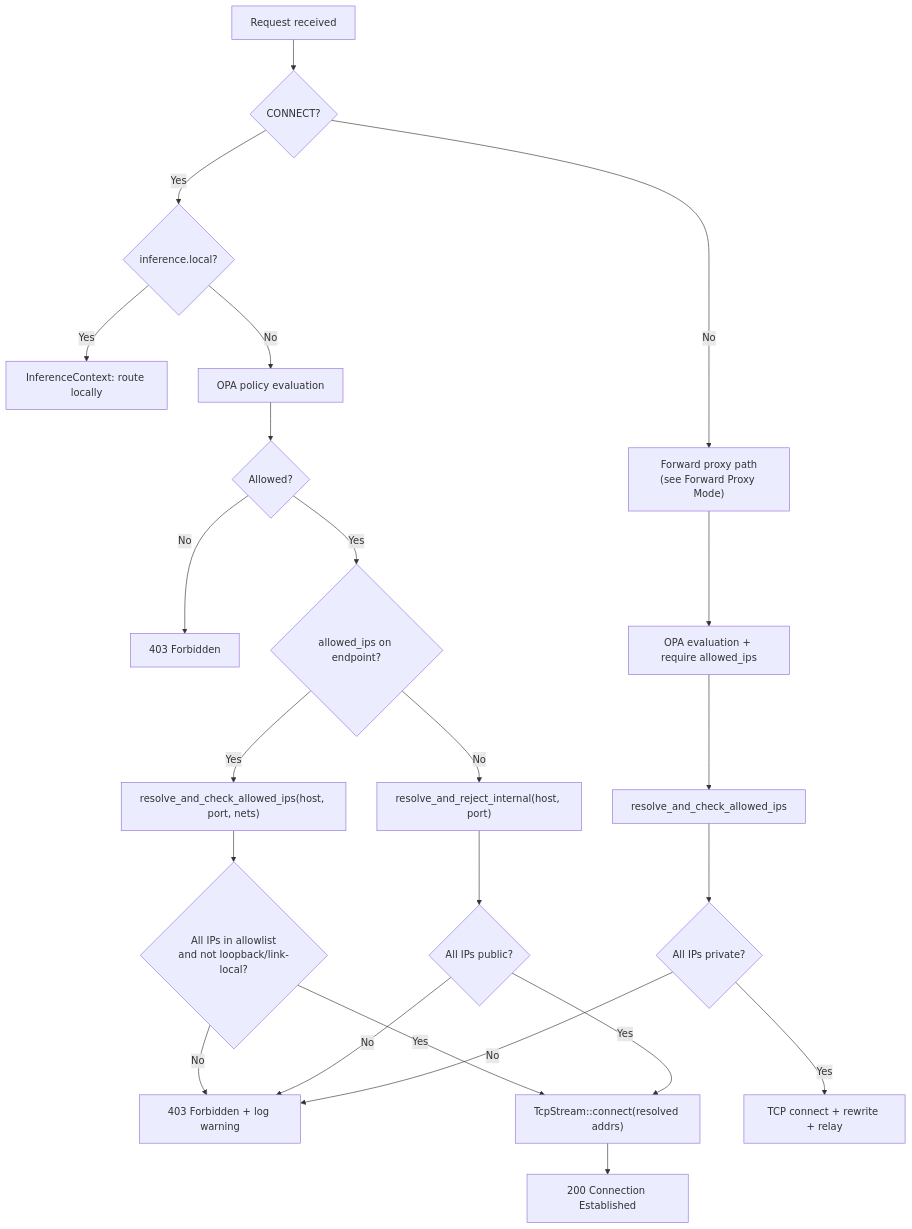
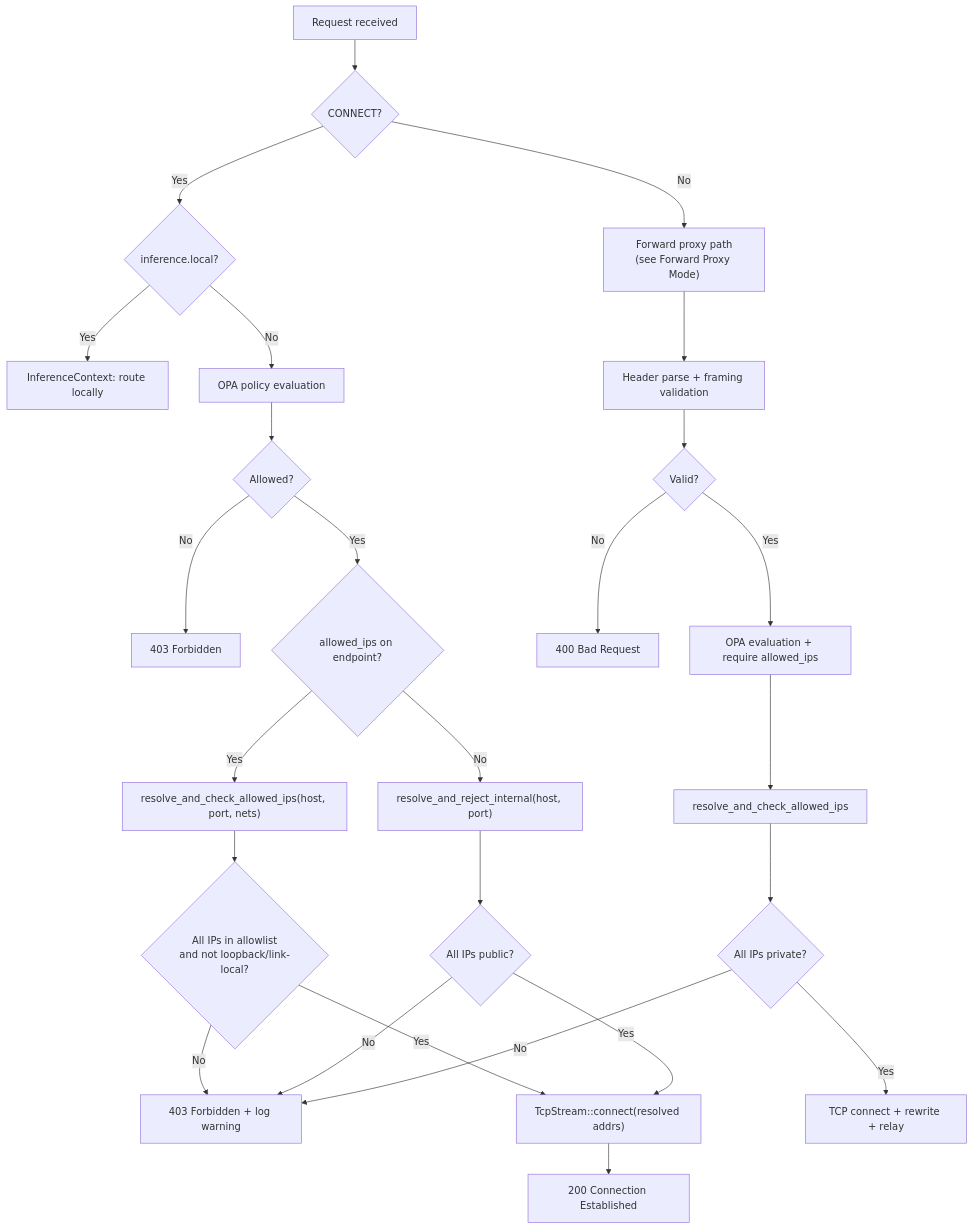
One commit to areporeporepo/OpenShell changed the sixth of 6 diagrams in architecture/security-policy.md. Above: the diagram before and after it, drawn with Mermaid. The commit also changed other lines of this file and 1 other file, not shown here.

Commit message:
fix(proxy): tighten header parsing and docs

````diff
--- a/architecture/security-policy.md
+++ b/architecture/security-policy.md
@@ -1030,26 +1034,29 @@
 ```mermaid
 flowchart TD
     A["Request received"] --> B{CONNECT?}
     B -- Yes --> INF{inference.local?}
     INF -- Yes --> C["InferenceContext: route locally"]
     INF -- No --> D[OPA policy evaluation]
     B -- No --> FP["Forward proxy path<br/>(see Forward Proxy Mode)"]
     D --> E{Allowed?}
     E -- No --> F["403 Forbidden"]
     E -- Yes --> G{allowed_ips on endpoint?}
     G -- Yes --> H["resolve_and_check_allowed_ips(host, port, nets)"]
     H --> I{All IPs in allowlist<br/>and not loopback/link-local?}
     I -- No --> J["403 Forbidden + log warning"]
     I -- Yes --> K["TcpStream::connect(resolved addrs)"]
     G -- No --> L["resolve_and_reject_internal(host, port)"]
     L --> M{All IPs public?}
     M -- No --> J
     M -- Yes --> K
     K --> N["200 Connection Established"]
 
-    FP --> FP_OPA["OPA evaluation + require allowed_ips"]
+    FP --> FP_PARSE["Header parse + framing validation"]
+    FP_PARSE --> FP_PARSE_OK{Valid?}
+    FP_PARSE_OK -- No --> FP_BAD["400 Bad Request"]
+    FP_PARSE_OK -- Yes --> FP_OPA["OPA evaluation + require allowed_ips"]
     FP_OPA --> FP_RESOLVE["resolve_and_check_allowed_ips"]
     FP_RESOLVE --> FP_PRIVATE{All IPs private?}
     FP_PRIVATE -- No --> J
     FP_PRIVATE -- Yes --> FP_CONNECT["TCP connect + rewrite + relay"]
 ```
````
